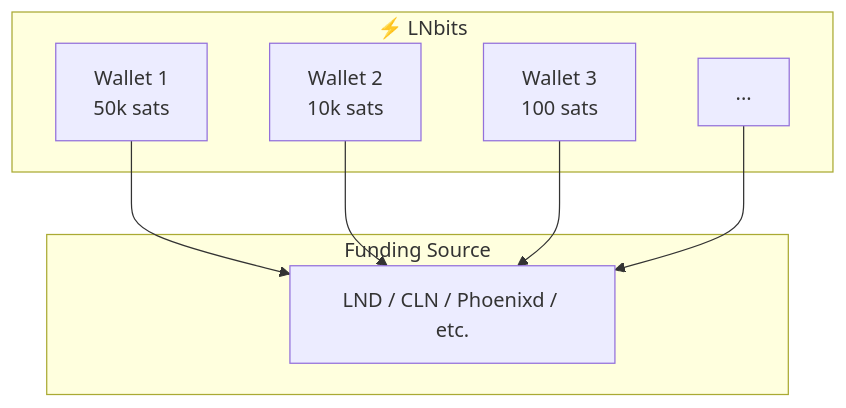
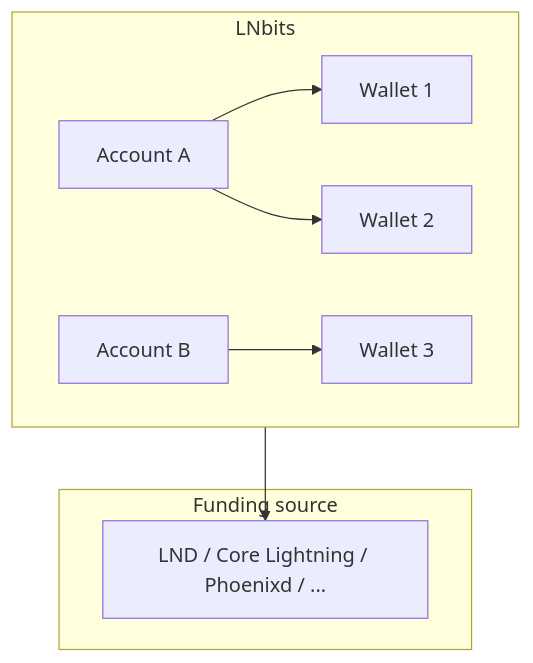
Before and after one commit to lndocs/lndocs.github.io: the diagram in docs/getting-started/introduction.md, drawn with Mermaid. The commit also changed other lines of this file and 8 other files, not shown here.

````diff
--- a/docs/getting-started/introduction.md
+++ b/docs/getting-started/introduction.md
@@ -24,15 +26,14 @@
 ```mermaid
 flowchart TB
-    subgraph LNbits["⚡ LNbits"]
-        W1["Wallet 1<br/>50k sats"]
-        W2["Wallet 2<br/>10k sats"]
-        W3["Wallet 3<br/>100 sats"]
-        Wn["..."]
+    subgraph LNbits["LNbits"]
+        A1["Account A"] --> W1["Wallet 1"]
+        A1 --> W2["Wallet 2"]
+        A2["Account B"] --> W3["Wallet 3"]
     end
 
-    subgraph FS["Funding Source"]
-        Node["LND / CLN / Phoenixd / etc."]
+    subgraph FS["Funding source"]
+        Node["LND / Core Lightning / Phoenixd / ..."]
     end
 
-    W1 & W2 & W3 & Wn --> Node
+    LNbits --> Node
 ```
````
